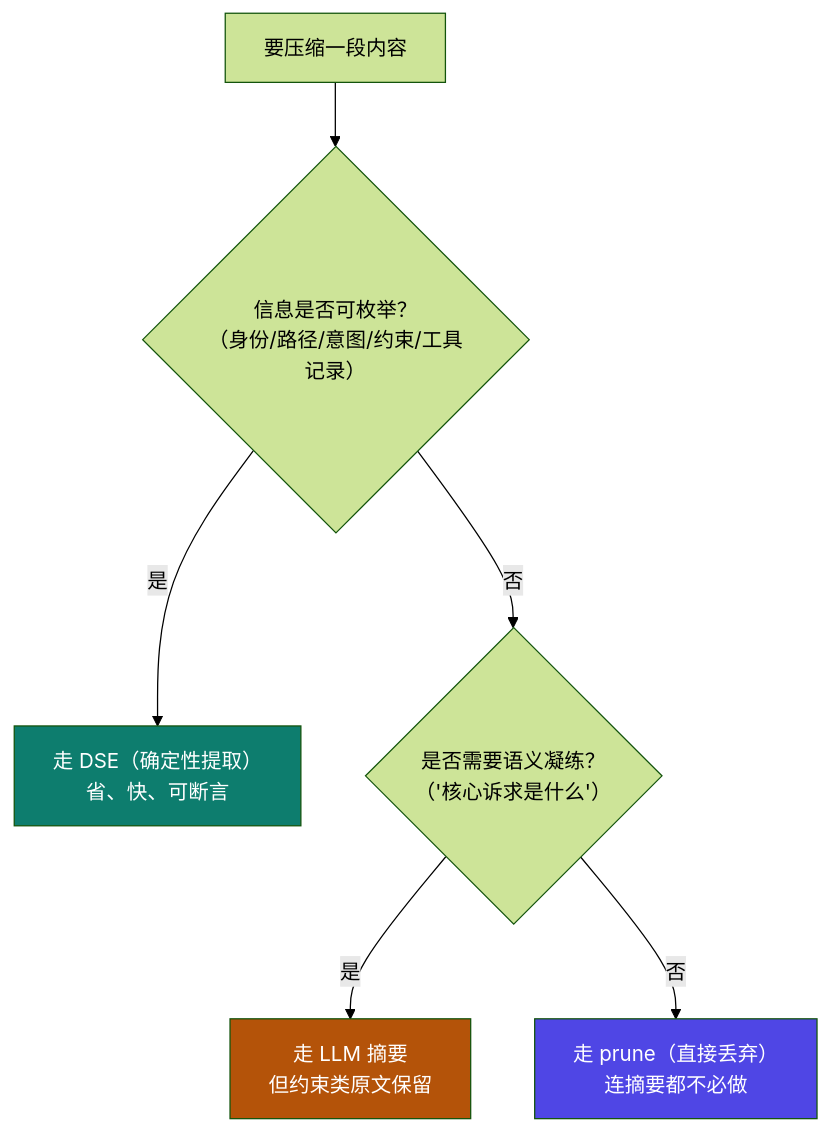
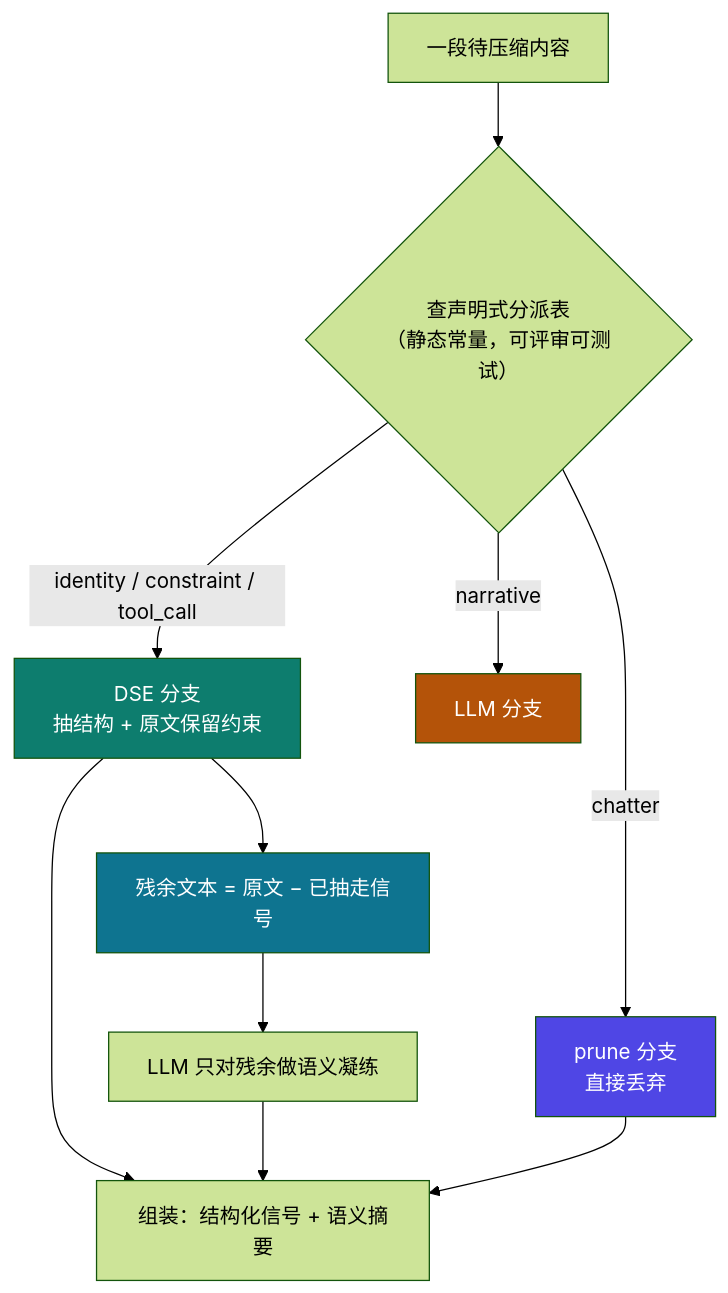
The third of 3 diagrams in concepts/context/design.md (kjiu72063-sudo/agent-arch-docs), drawn with Mermaid (forest theme) before and after one commit. The commit also changed other lines of this file and 3 other files, not shown here.

First line of the commit message:
feat: context 决策三补「DSE vs LLM 摘要」工程化选择标准

````diff
--- a/concepts/context/design.md
+++ b/concepts/context/design.md
@@ -167,11 +208,16 @@
 ```mermaid
 flowchart TD
-  Q["要压缩一段内容"] --> A{"信息是否可枚举？\n（身份/路径/意图/约束/工具记录）"}
-  A -->|是| D["走 DSE（确定性提取）\n省、快、可断言"]
-  A -->|否| B{"是否需要语义凝练？\n（'核心诉求是什么'）"}
-  B -->|是| L["走 LLM 摘要\n但约束类原文保留"]
-  B -->|否| P["走 prune（直接丢弃）\n连摘要都不必做"]
+  IN["一段待压缩内容"] --> T{"查声明式分派表\n（静态常量，可评审可测试）"}
+  T -->|identity / constraint / tool_call| D["DSE 分支\n抽结构 + 原文保留约束"]
+  T -->|narrative| L["LLM 分支"]
+  T -->|chatter| P["prune 分支\n直接丢弃"]
+  D --> RS["残余文本 = 原文 − 已抽走信号"]
+  RS --> SUM["LLM 只对残余做语义凝练"]
+  D --> ASM["组装：结构化信号 + 语义摘要"]
+  SUM --> ASM
+  P --> ASM
   style D fill:#0d7d6e,color:#fff
   style L fill:#b45309,color:#fff
   style P fill:#4f46e5,color:#fff
+  style RS fill:#0e7490,color:#fff
 ```
````
